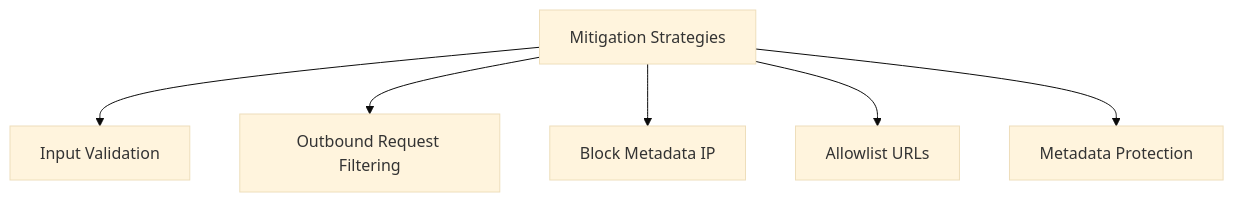
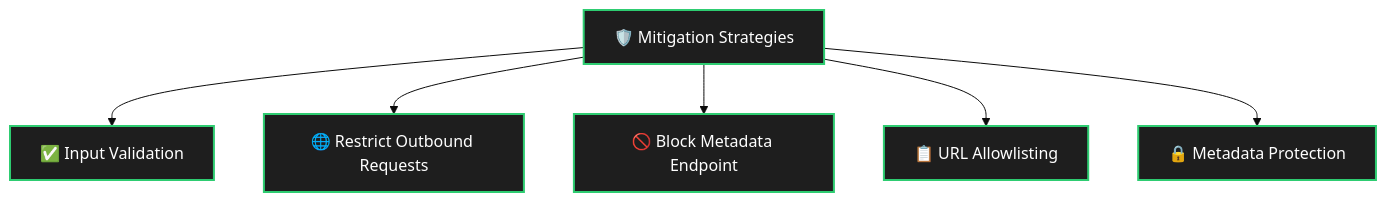
One commit to ashrithpeechara/infinity_learning changed diagram 12 of 13 in Cloud_Security/Compute Engine Intrusion/solution.md. Above: the diagram before and after it, drawn with Mermaid (base theme). The commit also changed other lines of this file, not shown here.

````diff
--- a/Cloud_Security/Compute Engine Intrusion/solution.md
+++ b/Cloud_Security/Compute Engine Intrusion/solution.md
@@ -258,9 +298,16 @@
 ```mermaid
 flowchart TD
-    A[Mitigation Strategies]
-    A --> B[Input Validation]
-    A --> C[Outbound Request Filtering]
-    A --> D[Block Metadata IP]
-    A --> E[Allowlist URLs]
-    A --> F[Metadata Protection]
+    A["🛡️ Mitigation Strategies"]
+
+    A --> B["✅ Input Validation"]
+
+    A --> C["🌐 Restrict Outbound Requests"]
+
+    A --> D["🚫 Block Metadata Endpoint"]
+
+    A --> E["📋 URL Allowlisting"]
+
+    A --> F["🔒 Metadata Protection"]
+
+    classDef default fill:#1e1e1e,stroke:#2ecc71,color:#ffffff,stroke-width:2px;
 ```
````
